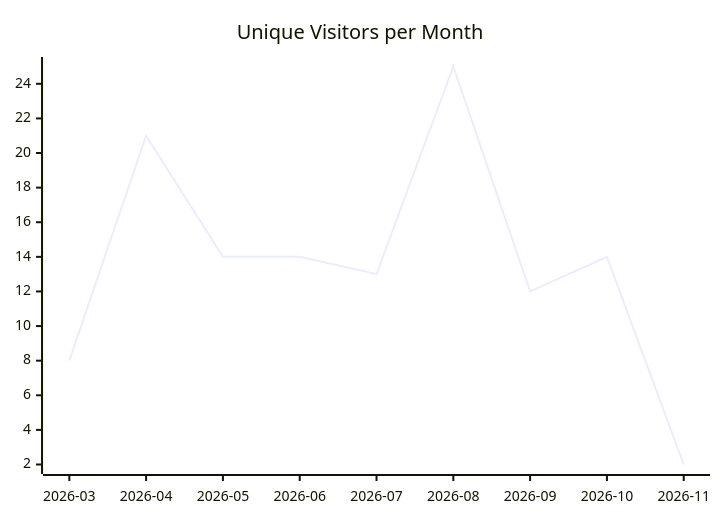
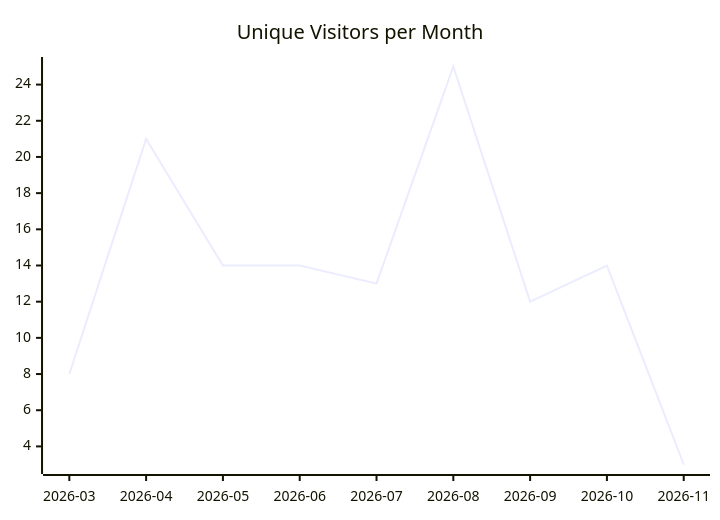
One commit to justdavis-family/github-analytics-data changed the first of 3 diagrams in karlmdavis/ksoap2-android/README.md. Above: the diagram before and after it, drawn with Mermaid. The commit also changed other lines of this file and 196 other files, not shown here.

````diff
--- a/karlmdavis/ksoap2-android/README.md
+++ b/karlmdavis/ksoap2-android/README.md
@@ -5,6 +5,6 @@
 ```mermaid
 xychart-beta
   title "Unique Visitors per Month"
   x-axis ["2026-03", "2026-04", "2026-05", "2026-06", "2026-07", "2026-08", "2026-09", "2026-10", "2026-11"]
-  line [8, 21, 14, 14, 13, 25, 12, 14, 2]
+  line [8, 21, 14, 14, 13, 25, 12, 14, 3]
 ```
````
